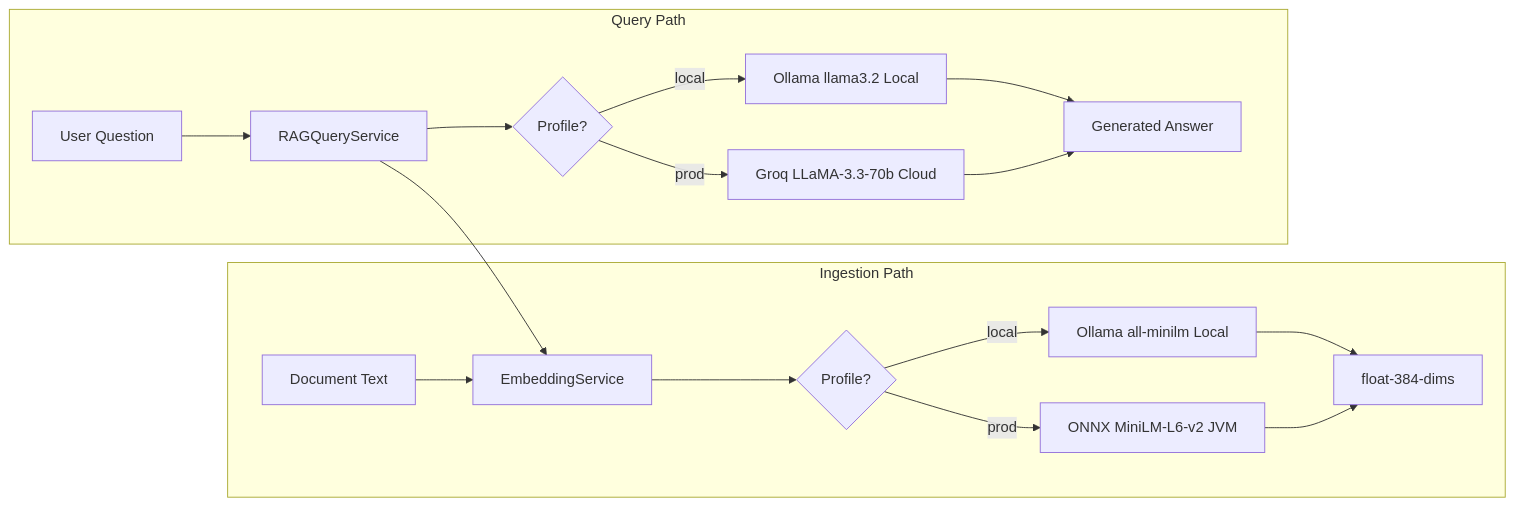
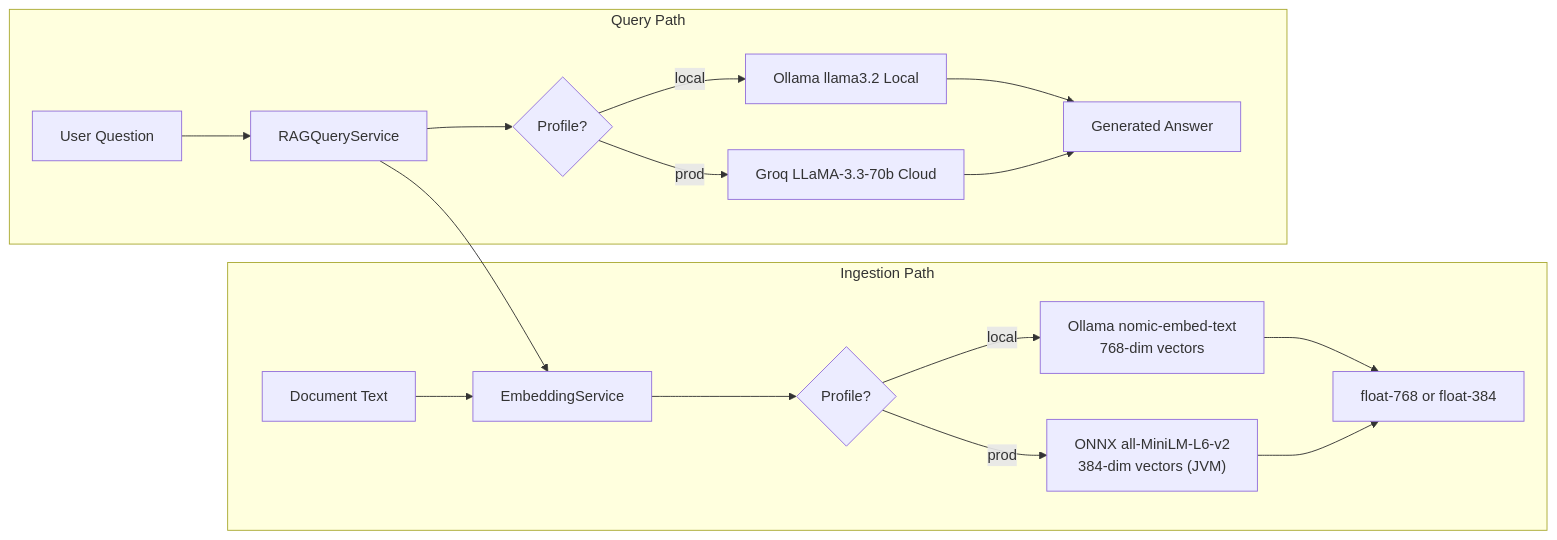
The first of 3 diagrams in docs/architecture.md (YasasBanuka/document-insight-backend), drawn with Mermaid before and after one commit. The commit also changed other lines of this file and 1 other file, not shown here.

````diff
--- a/docs/architecture.md
+++ b/docs/architecture.md
@@ -41,21 +41,21 @@
 ```mermaid
 graph LR
     subgraph Ingestion Path
         A[Document Text] --> B[EmbeddingService]
         B --> C{Profile?}
-        C -->|local| D[Ollama all-minilm Local]
-        C -->|prod| E[ONNX MiniLM-L6-v2 JVM]
-        D --> F[float-384-dims]
+        C -->|local| D["Ollama nomic-embed-text\n768-dim vectors"]
+        C -->|prod| E["ONNX all-MiniLM-L6-v2\n384-dim vectors (JVM)"]
+        D --> F[float-768 or float-384]
         E --> F
     end
 
     subgraph Query Path
         G[User Question] --> H[RAGQueryService]
         H --> B
         H --> I{Profile?}
         I -->|local| J[Ollama llama3.2 Local]
         I -->|prod| K[Groq LLaMA-3.3-70b Cloud]
         J --> L[Generated Answer]
         K --> L
     end
 ```
````
